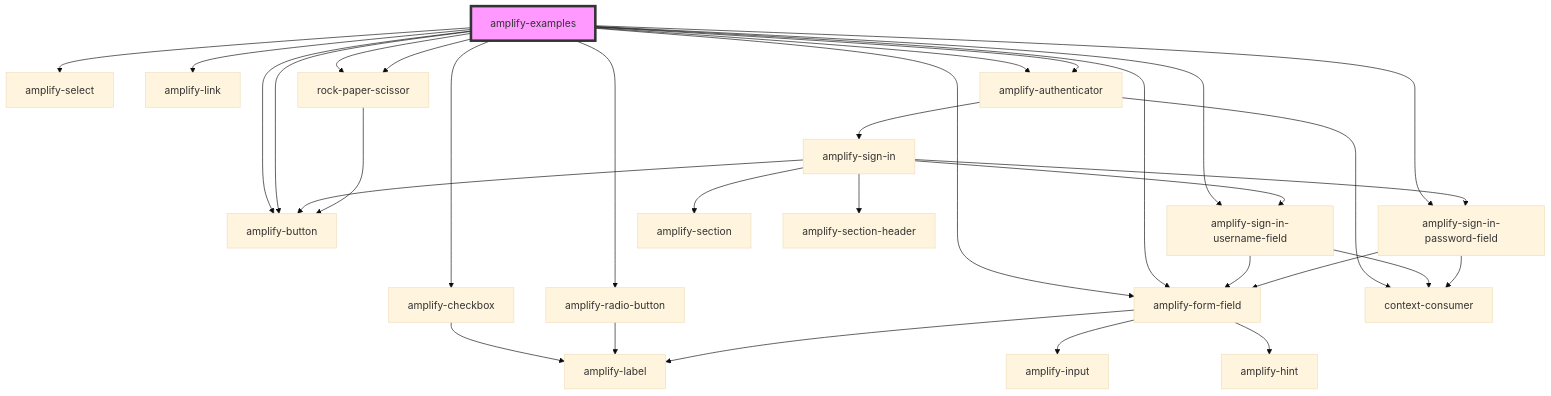
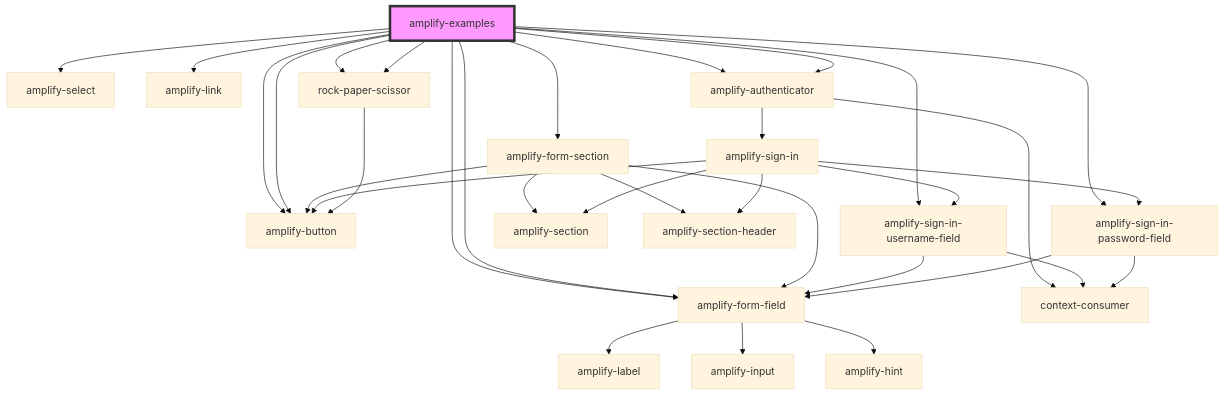
Before and after one commit to OneDev0411/amplify-js: the diagram in packages/amplify-ui-components/src/components/amplify-examples/readme.md, drawn with Mermaid (base theme). The commit also changed other lines of this file and 16 other files, not shown here.

````diff
--- a/packages/amplify-ui-components/src/components/amplify-examples/readme.md
+++ b/packages/amplify-ui-components/src/components/amplify-examples/readme.md
@@ -28,35 +27,36 @@
 ```mermaid
 graph TD;
-  amplify-examples --> amplify-checkbox
-  amplify-examples --> amplify-radio-button
+  amplify-examples --> amplify-form-section
   amplify-examples --> amplify-form-field
   amplify-examples --> amplify-form-field
   amplify-examples --> amplify-select
   amplify-examples --> amplify-button
   amplify-examples --> amplify-link
   amplify-examples --> amplify-authenticator
   amplify-examples --> amplify-sign-in-username-field
   amplify-examples --> amplify-sign-in-password-field
   amplify-examples --> amplify-button
   amplify-examples --> amplify-authenticator
   amplify-examples --> rock-paper-scissor
   amplify-examples --> rock-paper-scissor
-  amplify-checkbox --> amplify-label
-  amplify-radio-button --> amplify-label
+  amplify-form-section --> amplify-section
+  amplify-form-section --> amplify-section-header
+  amplify-form-section --> amplify-form-field
+  amplify-form-section --> amplify-button
   amplify-form-field --> amplify-label
   amplify-form-field --> amplify-input
   amplify-form-field --> amplify-hint
   amplify-authenticator --> amplify-sign-in
   amplify-authenticator --> context-consumer
   amplify-sign-in --> amplify-section
   amplify-sign-in --> amplify-section-header
   amplify-sign-in --> amplify-sign-in-username-field
   amplify-sign-in --> amplify-sign-in-password-field
   amplify-sign-in --> amplify-button
   amplify-sign-in-username-field --> amplify-form-field
   amplify-sign-in-username-field --> context-consumer
   amplify-sign-in-password-field --> amplify-form-field
   amplify-sign-in-password-field --> context-consumer
   rock-paper-scissor --> amplify-button
   style amplify-examples fill:#f9f,stroke:#333,stroke-width:4px
 ```
````
